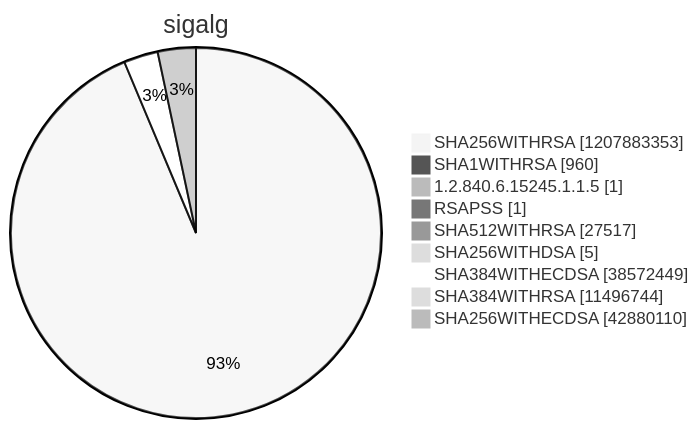
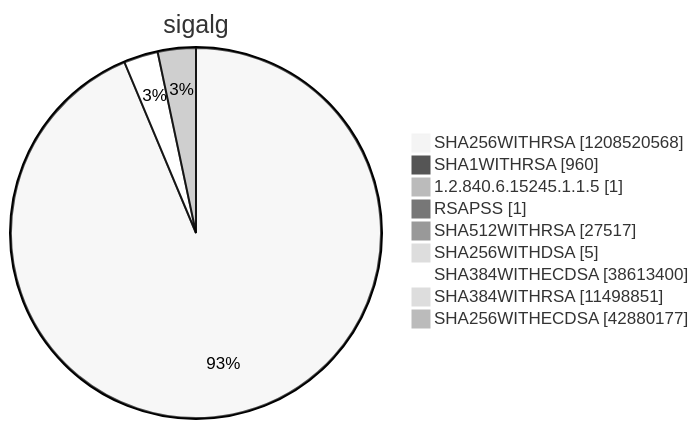
Before and after one commit to christiankrug/ctmonitor_visualization: diagram 15 of 15 in argon2022/README.md, drawn with Mermaid (neutral theme). The commit also changed other lines of this file, not shown here.

````diff
--- a/argon2022/README.md
+++ b/argon2022/README.md
@@ -5520,13 +5520,13 @@
 ```mermaid
 pie showData
 title sigalg
-"SHA256WITHRSA" :1207883353
+"SHA256WITHRSA" :1208520568
 "SHA1WITHRSA" :960
 "1.2.840.6.15245.1.1.5" :1
 "RSAPSS" :1
 "SHA512WITHRSA" :27517
 "SHA256WITHDSA" :5
-"SHA384WITHECDSA" :38572449
-"SHA384WITHRSA" :11496744
-"SHA256WITHECDSA" :42880110
+"SHA384WITHECDSA" :38613400
+"SHA384WITHRSA" :11498851
+"SHA256WITHECDSA" :42880177
 ```
````
